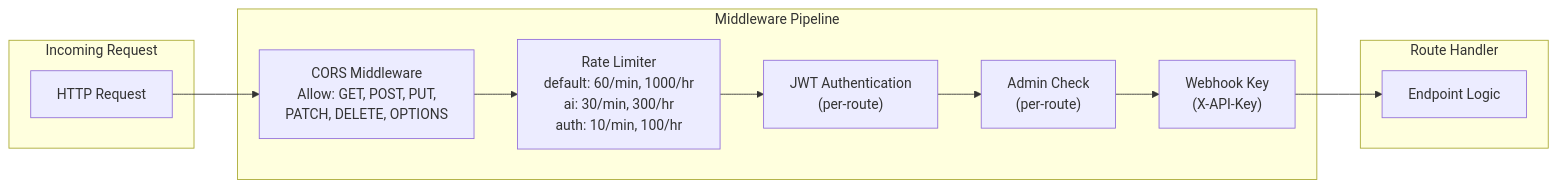
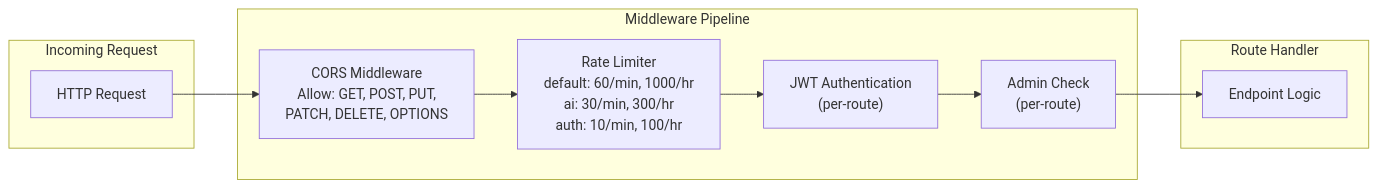
Before and after one commit to Sungchunn/AI-Resume-Tailor: diagram 12 of 33 in docs/architecture/system-architecture.md, drawn with Mermaid. The commit also changed other lines of this file and 6 other files, not shown here.

````diff
--- a/docs/architecture/system-architecture.md
+++ b/docs/architecture/system-architecture.md
@@ -653,20 +641,19 @@
 ```mermaid
 flowchart LR
     subgraph Request["Incoming Request"]
         Req["HTTP Request"]
     end
 
     subgraph Middleware["Middleware Pipeline"]
         CORS["CORS Middleware<br/>Allow: GET, POST, PUT,<br/>PATCH, DELETE, OPTIONS"]
         RateLimit["Rate Limiter<br/>default: 60/min, 1000/hr<br/>ai: 30/min, 300/hr<br/>auth: 10/min, 100/hr"]
         JWTAuth["JWT Authentication<br/>(per-route)"]
         AdminCheck["Admin Check<br/>(per-route)"]
-        WebhookKey["Webhook Key<br/>(X-API-Key)"]
     end
 
     subgraph Handler["Route Handler"]
         Route["Endpoint Logic"]
     end
 
-    Req --> CORS --> RateLimit --> JWTAuth --> AdminCheck --> WebhookKey --> Route
+    Req --> CORS --> RateLimit --> JWTAuth --> AdminCheck --> Route
 ```
````
